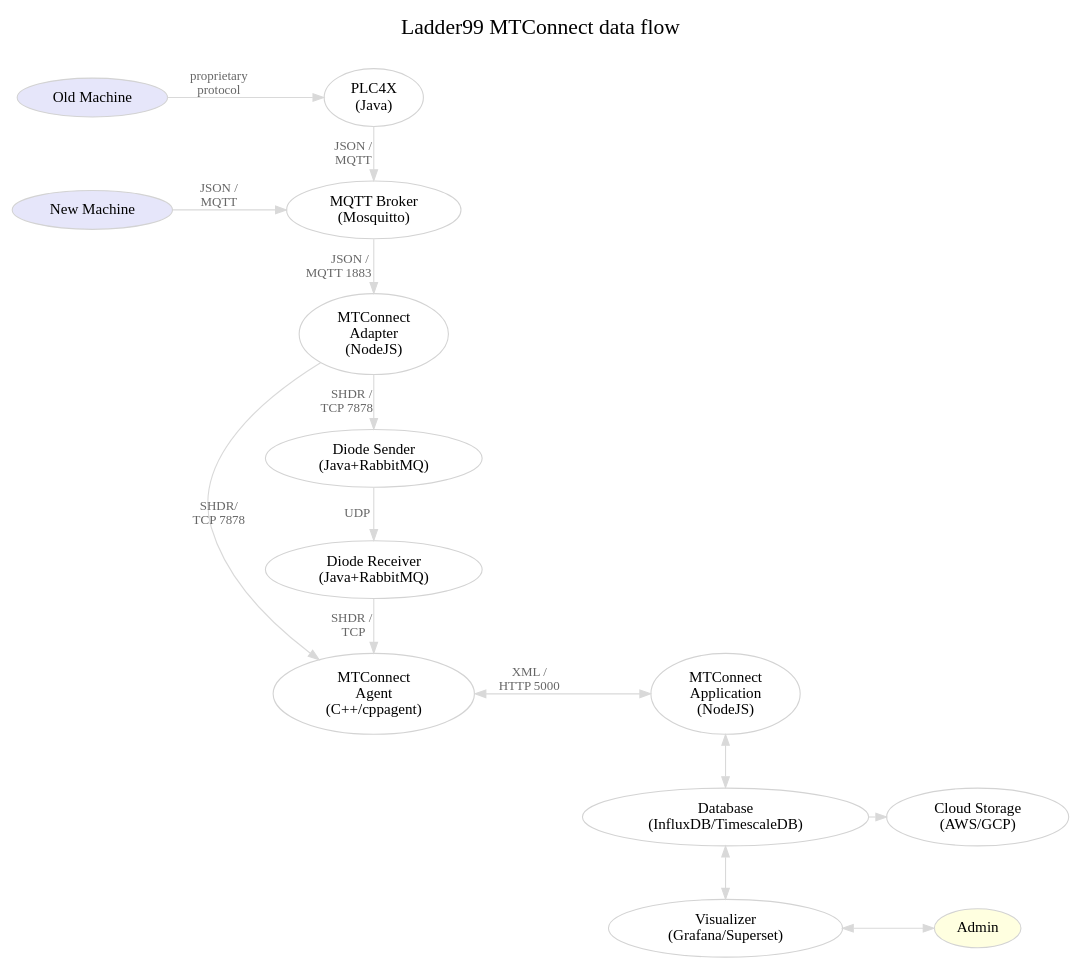
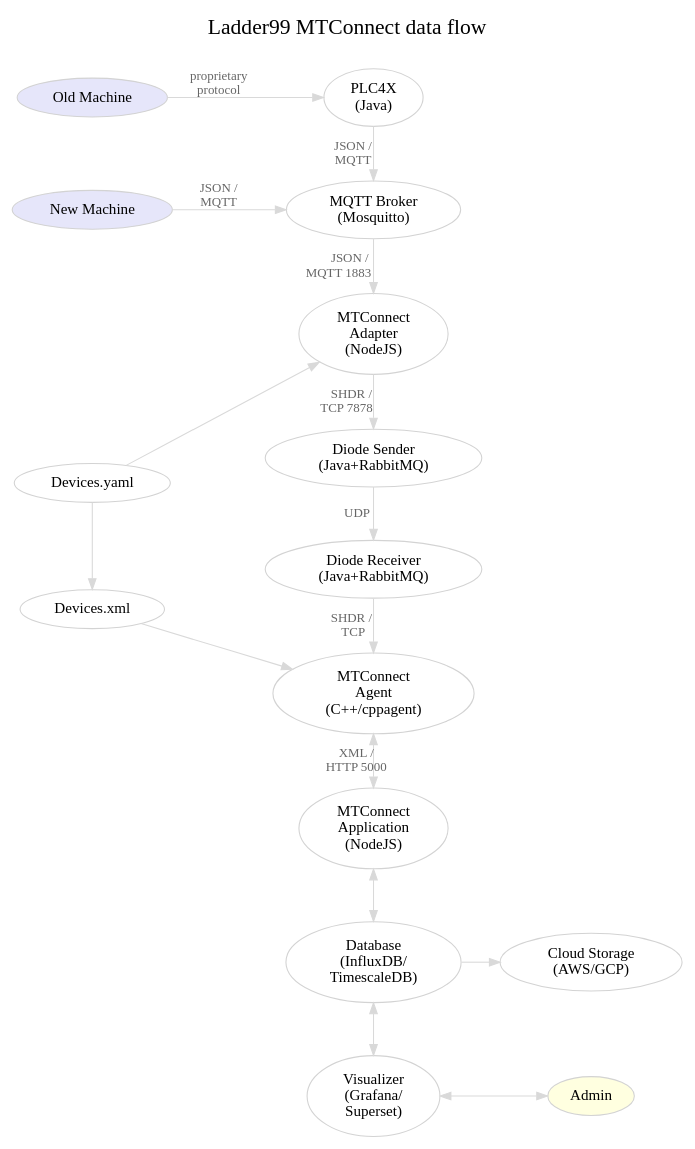
Before and after one commit to Ladder99/ladder99: the diagram in docs/architecture.dot, drawn with Graphviz. The commit also changed 1 other file, not shown here.

```diff
--- a/docs/architecture.dot
+++ b/docs/architecture.dot
@@ -1,82 +1,56 @@
 digraph "ladder99-adapter" {
 
   // styles
   graph [ label="Ladder99 MTConnect data flow\n "; color=lightgray; ];
   graph [ fontsize=20 ];
   graph [ labelloc=t ];
   graph [ ranksep=0.2 ];
   graph [ nodesep=0.35 ];
   graph [ rankdir=LR; ] // left-to-right
   node [ color=lightgray; fillcolor=white; style=filled ];
   edge [ color=gray85 ];
   edge [ fontsize=12; fontcolor=gray40; ];
 
   // nodes
   OldMachine [ fillcolor=lavender; label="Old Machine" ];
   NewMachine [ fillcolor=lavender; label="New Machine" ];
   PLC4X [ label="PLC4X\n(Java)" ];
   Broker [ label="MQTT Broker\n(Mosquitto)" ];
   Adapter [ fillcolor=white; label="MTConnect\nAdapter\n(NodeJS)" ];
+  DevicesYaml [ label="Devices.yaml" ];
   DiodeSender [ label="Diode Sender\n(Java+RabbitMQ)" ];
   DiodeReceiver [ label="Diode Receiver\n(Java+RabbitMQ)" ];
   Agent [ fillcolor=white; label="MTConnect\nAgent\n(C++/cppagent)" ];
+  DevicesXml [ label="Devices.xml" ];
   Application [ fillcolor=white; label="MTConnect\nApplication\n(NodeJS)" ];
-  Database [ label="Database\n(InfluxDB/TimescaleDB)" ];
-  Visualizer [ label="Visualizer\n(Grafana/Superset)" ];
+  Database [ label="Database\n(InfluxDB/\nTimescaleDB)" ];
+  Visualizer [ label="Visualizer\n(Grafana/\nSuperset)" ];
   Cloud [ label="Cloud Storage\n(AWS/GCP)" ];
   Admin [ fillcolor=lightyellow ];
   // LOI [ label="LOI\n(SvelteJS)" ];
   // Operator [ fillcolor=lightyellow ];
 
   // edges
   OldMachine -> PLC4X [ label="proprietary\nprotocol" ];
   NewMachine -> Broker [ label="JSON / \nMQTT" ];
   PLC4X -> Broker [ label="JSON /  \nMQTT  " ];
   Broker -> Adapter [ label="JSON /    \nMQTT 1883           " ];
   Adapter -> DiodeSender [ label="SHDR /   \nTCP 7878      " ];
+  DevicesYaml -> Adapter [ ];
+  DevicesYaml -> DevicesXml [ ];
   DiodeSender -> DiodeReceiver [ label="UDP    " ];
   DiodeReceiver -> Agent [ label="SHDR /   \nTCP  " ];
-  Agent -> Application [ dir=both; label="XML /  \nHTTP 5000  " ];
-  Adapter -> Agent [ label="SHDR/\nTCP 7878" ];
+  // Adapter -> Agent [ label="SHDR/\nTCP 7878" ];
+  Agent -> Application [ dir=both; label="XML /\nHTTP 5000" ];
+  DevicesXml -> Agent [ ];
   Application -> Database [ dir=both ];
   Database -> Visualizer [ dir=both ];
   Database -> Cloud;
   Visualizer -> Admin [ dir=both ];
   // Application -> LOI;
   // LOI -> Operator;
 
   // rank
-  { rank=same; OldMachine NewMachine };
-  // { rank=same; PLC4X Broker };
-  { rank=same; PLC4X Broker Adapter DiodeSender DiodeReceiver Agent };
-  // { rank=same; Operator Admin Cloud };
-  // { rank=same; Admin Cloud };
-  { rank=same; Application Database Visualizer };
-
-  // subgraphs
-  // subgraph cluster1a {
-  //   graph [ label="New Machine" ];
-  //   NewMachine;
-  // }
-  // subgraph cluster1b {
-  //   graph [ label="Old Machine" ];
-  //   OldMachine;
-  // }
-  // subgraph cluster2 {
-  //   graph [ label="Raspberry Pi 1" ];
-  //   PLC4X;
-  //   Broker;
-  //   Adapter;
-  //   Diode;
-  //   Agent;
-  //   // { rank=same; Diode Agent };
-  // }
-  // subgraph cluster4 {
-  //   graph [ label="Raspberry Pi 2" ];
-  //   Application;
-  //   Database;
-  //   Visualizer;
-  //   // LOI;
-  //   // { rank=same; Application Database Visualizer };
-  // }
+  { rank=same; OldMachine NewMachine DevicesYaml DevicesXml };
+  { rank=same; PLC4X Broker Adapter DiodeSender DiodeReceiver Agent Application Database Visualizer };
 }
```
